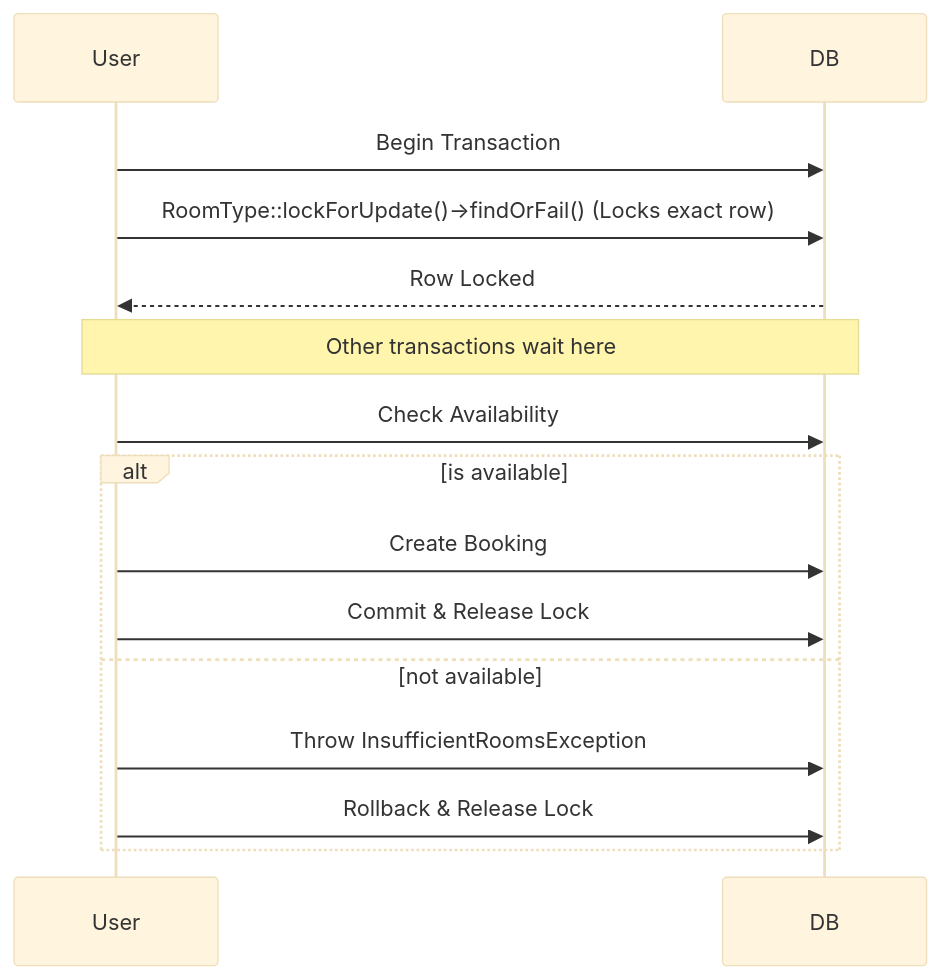
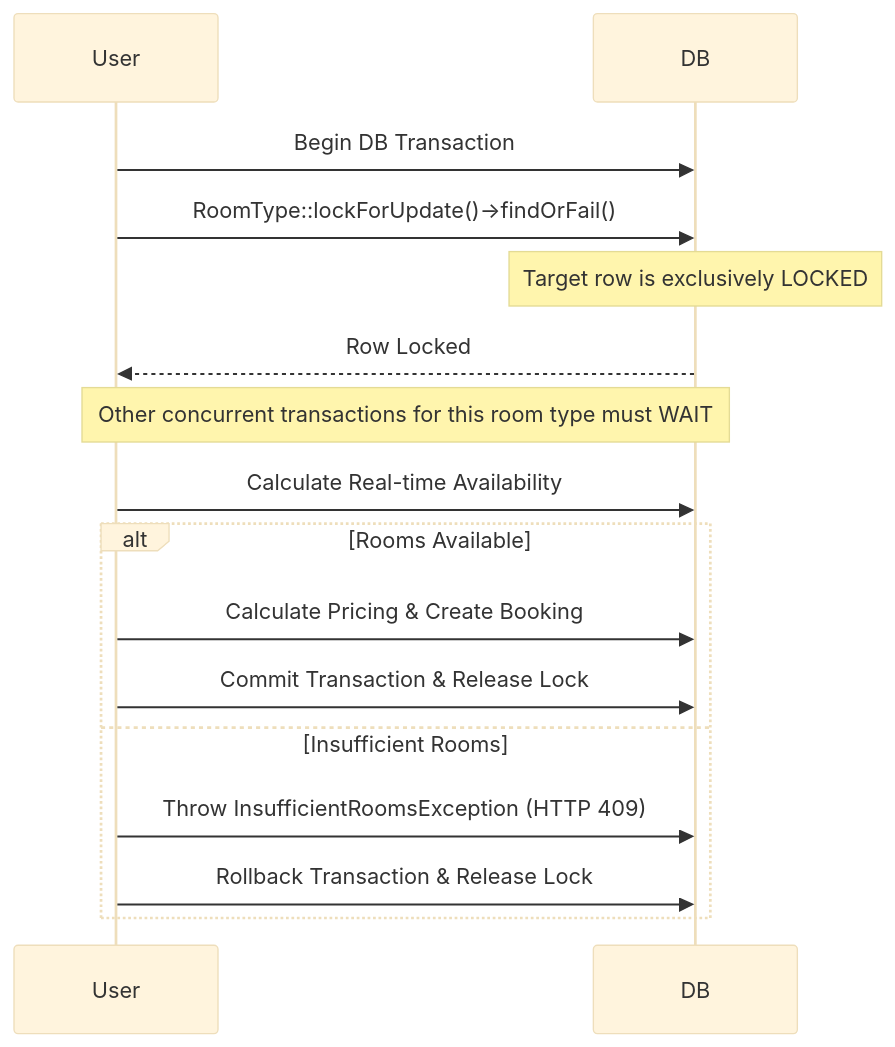
Before and after one commit to EsraaEissa123/mini-hotel-booking-api: the diagram in README.md, drawn with Mermaid (base theme). The commit also changed other lines of this file and 7 other files, not shown here.

````diff
--- a/README.md
+++ b/README.md
@@ -37,18 +70,19 @@
 ```mermaid
 sequenceDiagram
     participant User
     participant DB
     
-    User->>DB: Begin Transaction
-    User->>DB: RoomType::lockForUpdate()->findOrFail() (Locks exact row)
+    User->>DB: Begin DB Transaction
+    User->>DB: RoomType::lockForUpdate()->findOrFail()
+    Note over DB: Target row is exclusively LOCKED
     DB-->>User: Row Locked
-    Note over User,DB: Other transactions wait here
-    User->>DB: Check Availability
-    alt is available
-        User->>DB: Create Booking
-        User->>DB: Commit & Release Lock
-    else not available
-        User->>DB: Throw InsufficientRoomsException
-        User->>DB: Rollback & Release Lock
+    Note over User,DB: Other concurrent transactions for this room type must WAIT
+    User->>DB: Calculate Real-time Availability
+    alt Rooms Available
+        User->>DB: Calculate Pricing & Create Booking
+        User->>DB: Commit Transaction & Release Lock
+    else Insufficient Rooms
+        User->>DB: Throw InsufficientRoomsException (HTTP 409)
+        User->>DB: Rollback Transaction & Release Lock
     end
 ```
````
